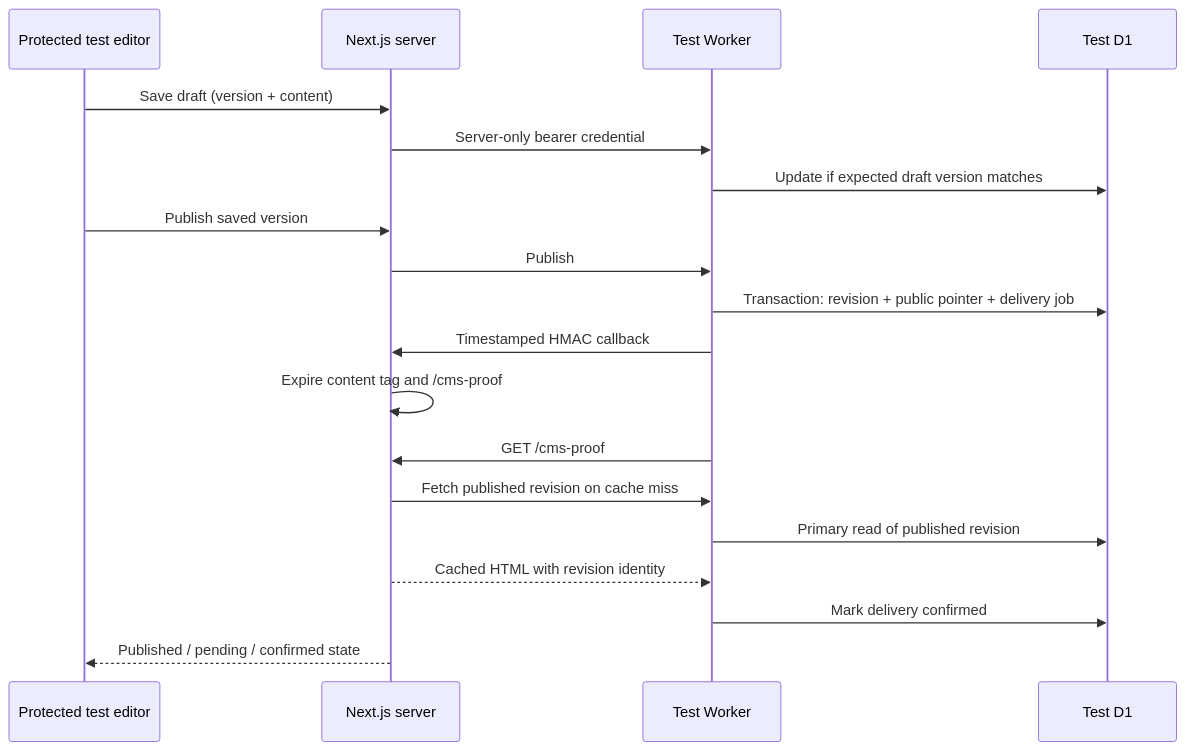
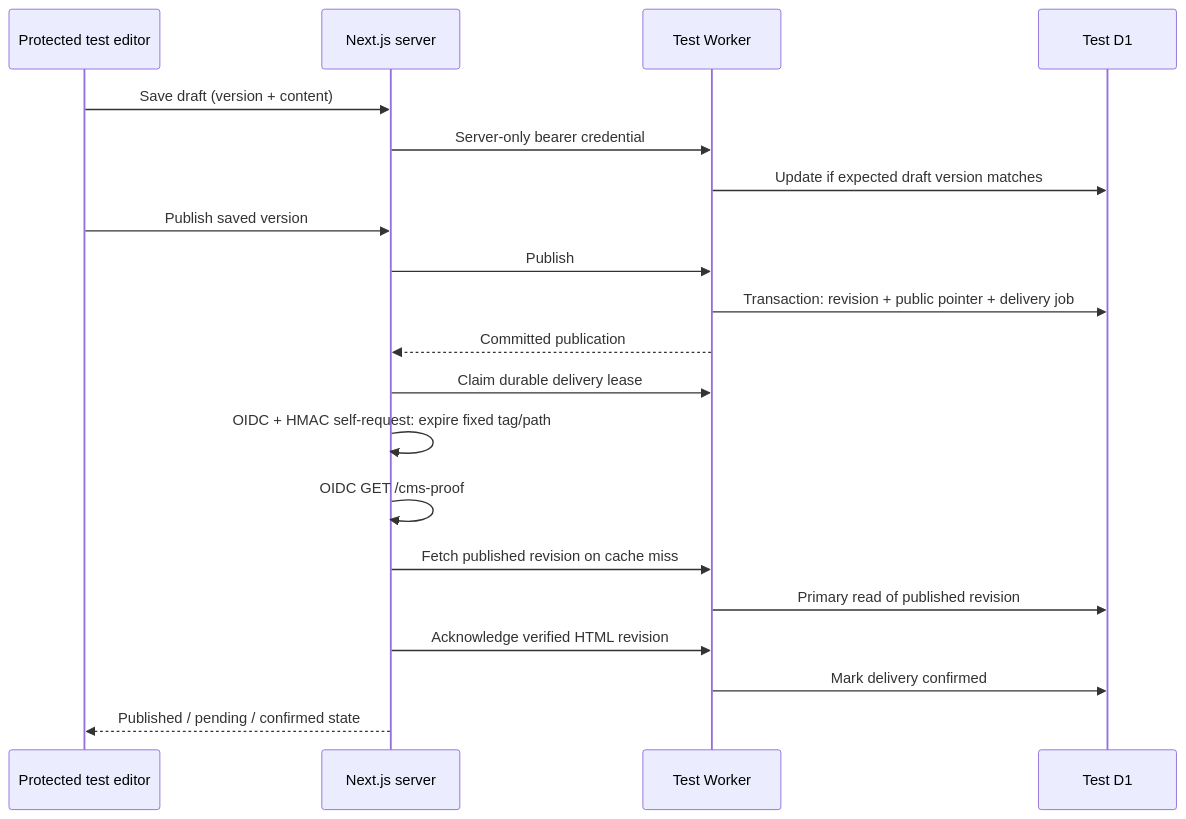
The diagram in docs/CMS-MILESTONE-1.md (NikoDola/breeze-full), drawn with Mermaid before and after one commit. The commit also changed other lines of this file and 20 other files, not shown here.

Commit message:
Move CMS delivery to Next with scoped Preview OIDC and durable retries

````diff
--- a/docs/CMS-MILESTONE-1.md
+++ b/docs/CMS-MILESTONE-1.md
@@ -30,21 +30,22 @@
 ```mermaid
 sequenceDiagram
     participant E as Protected test editor
     participant N as Next.js server
     participant W as Test Worker
     participant D as Test D1
     E->>N: Save draft (version + content)
     N->>W: Server-only bearer credential
     W->>D: Update if expected draft version matches
     E->>N: Publish saved version
     N->>W: Publish
     W->>D: Transaction: revision + public pointer + delivery job
-    W->>N: Timestamped HMAC callback
-    N->>N: Expire content tag and /cms-proof
-    W->>N: GET /cms-proof
+    W-->>N: Committed publication
+    N->>W: Claim durable delivery lease
+    N->>N: OIDC + HMAC self-request: expire fixed tag/path
+    N->>N: OIDC GET /cms-proof
     N->>W: Fetch published revision on cache miss
     W->>D: Primary read of published revision
-    N-->>W: Cached HTML with revision identity
+    N->>W: Acknowledge verified HTML revision
     W->>D: Mark delivery confirmed
     N-->>E: Published / pending / confirmed state
 ```
````
